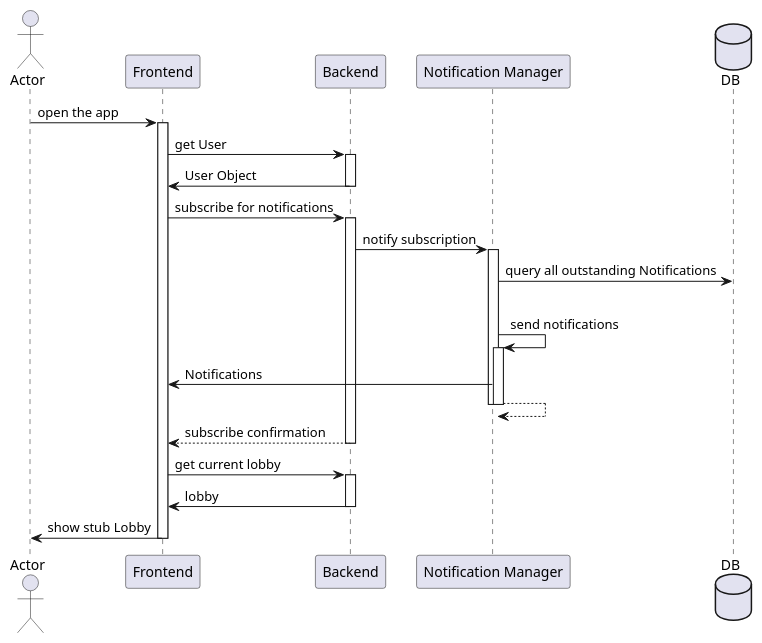
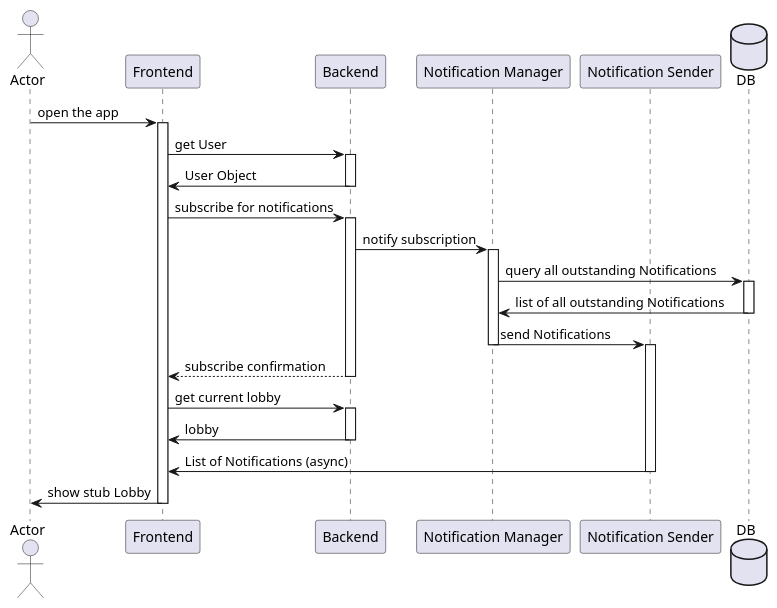
One commit to SergeiVS/lets_play_be changed the diagram in documentation/diagrams/startupSequence.puml. Above: the diagram before and after it, drawn with PlantUML.

Commit message:
Documentation update

```diff
--- a/documentation/diagrams/startupSequence.puml
+++ b/documentation/diagrams/startupSequence.puml
@@ -1,48 +1,48 @@
 @startuml Startup Sequence
 
 actor Actor
 participant Frontend
 participant Backend
 participant "Notification Manager"
+participant "Notification Sender"
 database DB
 
 Actor -> Frontend : open the app
 activate Frontend
 
 Frontend -> Backend : get User
 activate Backend
 
 Backend -> Frontend : User Object
 deactivate Backend
 
 Frontend -> Backend : subscribe for notifications
 activate Backend
 
 Backend -> "Notification Manager" : notify subscription
 activate "Notification Manager"
+
 "Notification Manager" -> DB : query all outstanding Notifications
+activate DB
+DB -> "Notification Manager" : list of all outstanding Notifications
+deactivate DB
 
-alt Outstanding Notifications Present
-"Notification Manager" -> "Notification Manager" : send notifications
-activate "Notification Manager"
-
-"Notification Manager" -> Frontend : Notifications
-
-"Notification Manager" --> "Notification Manager"
+"Notification Manager" -> "Notification Sender" : send Notifications
 deactivate "Notification Manager"
-
-
-deactivate "Notification Manager"
+activate "Notification Sender"
 
 Backend --> Frontend : subscribe confirmation
 deactivate Backend
 
 Frontend -> Backend : get current lobby
 activate Backend
 Backend -> Frontend : lobby
 deactivate Backend
 
+"Notification Sender" -> Frontend : List of Notifications (async)
+deactivate "Notification Sender"
+
 Frontend -> Actor : show stub Lobby
 deactivate Frontend
 
 @enduml
```
